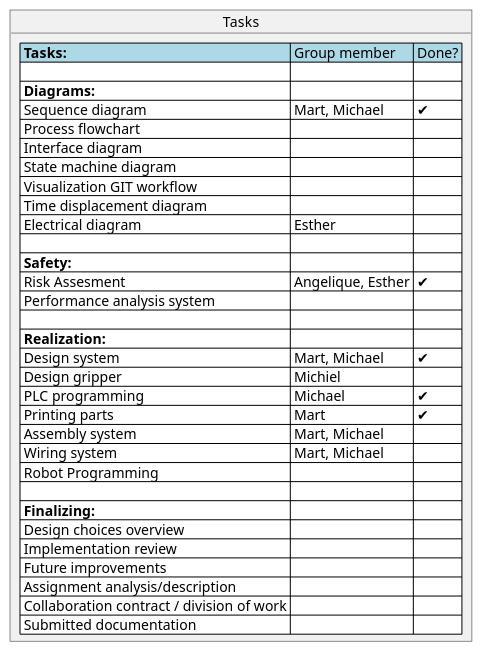
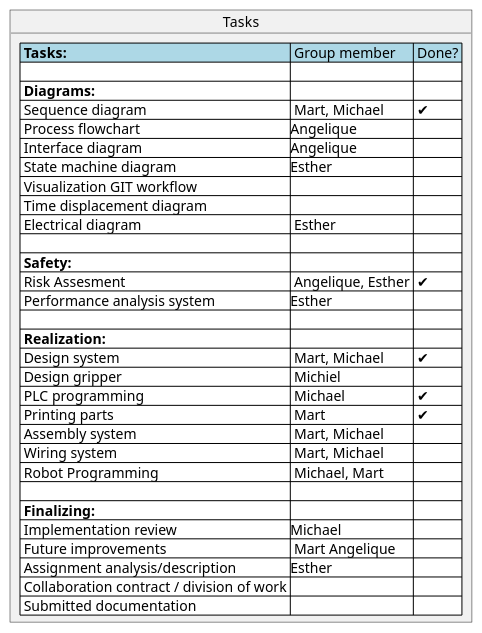
The diagram in task.puml (esther2022-byte/Process-and-Safety), drawn with PlantUML before and after one commit. The commit also changed 1 other file, not shown here.

```diff
--- a/task.puml
+++ b/task.puml
@@ -1,37 +1,36 @@
 @startuml Tasks
 object Tasks {
     <#lightblue>|= Tasks: | Group member | Done? |
     <#white>| |
     <#white>|= Diagrams: | |
     <#white>| Sequence diagram | Mart, Michael | ✔|
-    <#white>| Process flowchart | | |
-    <#white>| Interface diagram | | |
-    <#white>| State machine diagram | | |
+    <#white>| Process flowchart |Angelique | |
+    <#white>| Interface diagram |Angelique | |
+    <#white>| State machine diagram |Esther| |
     <#white>| Visualization GIT workflow | | |
     <#white>| Time displacement diagram | | |
     <#white>| Electrical diagram | Esther | |
     <#white>| |
     <#white>|= Safety: | | 
     <#white>| Risk Assesment | Angelique, Esther | ✔ |
-    <#white>| Performance analysis system | | |
+    <#white>| Performance analysis system |Esther | |
     <#white>| |
     <#white>|= Realization: | | 
     <#white>| Design system | Mart, Michael| ✔ |
     <#white>| Design gripper | Michiel | |
     <#white>| PLC programming | Michael | ✔ |
     <#white>| Printing parts | Mart | ✔ |
     <#white>| Assembly system | Mart, Michael | |
     <#white>| Wiring system | Mart, Michael | |
-    <#white>| Robot Programming | | |
+    <#white>| Robot Programming | Michael, Mart | |
     <#white>| |
     <#white>|= Finalizing: | |
-    <#white>| Design choices overview | | |
-    <#white>| Implementation review | | |
-    <#white>| Future improvements | | |
-    <#white>| Assignment analysis/description | | |
+    <#white>| Implementation review |Michael | |
+    <#white>| Future improvements | Mart Angelique| |
+    <#white>| Assignment analysis/description |Esther  | |
     <#white>| Collaboration contract / division of work | | |
     <#white>| Submitted documentation | | | 
 
   
 }
 @enduml
```
